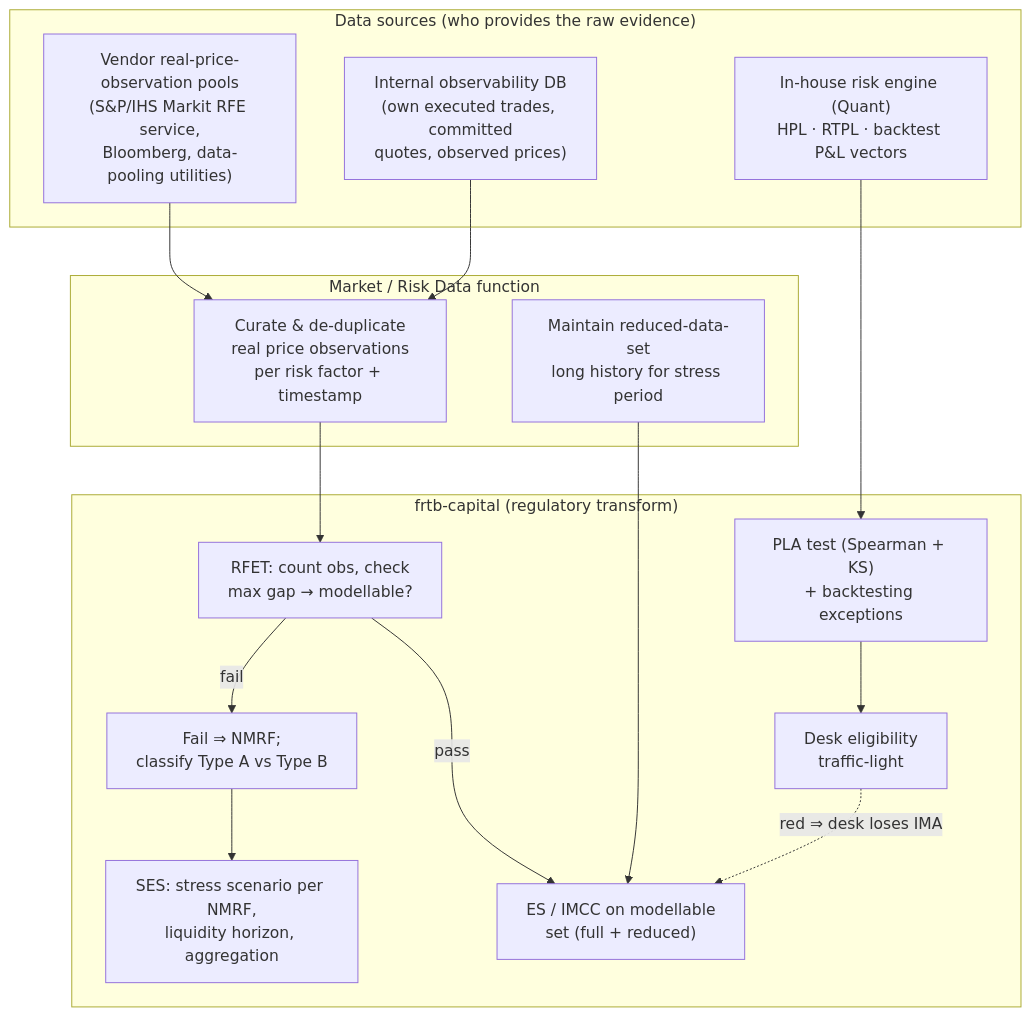
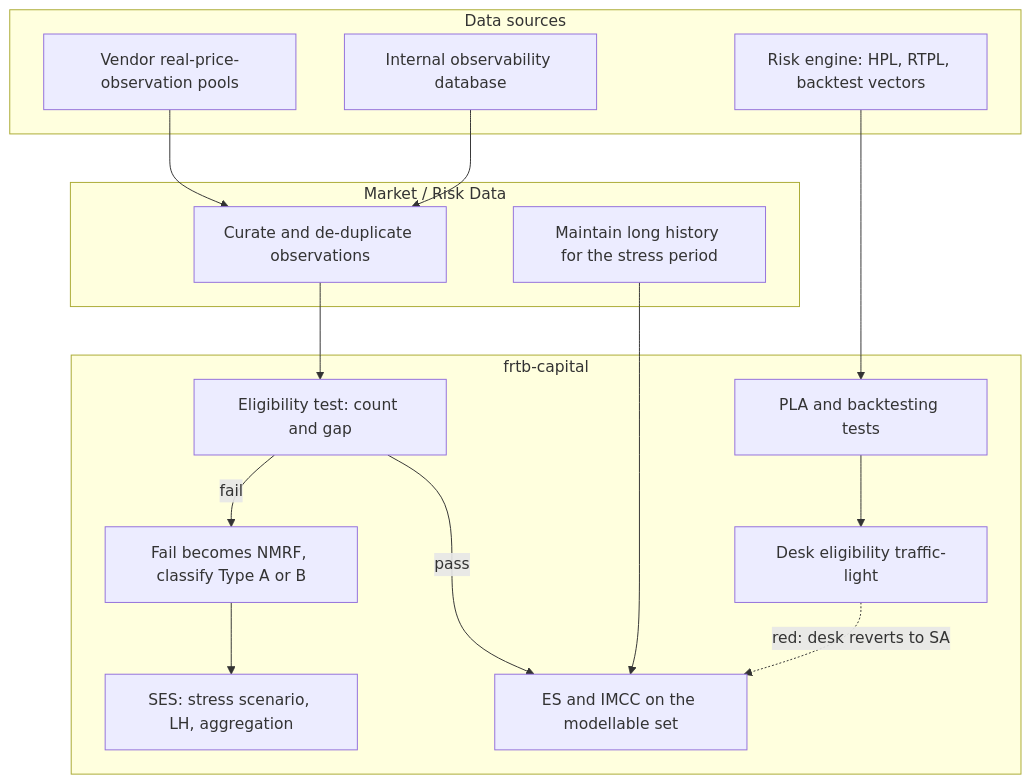
One commit to tomanizer/frtb-capital changed the fifth of 9 diagrams in docs/FRTB_TARGET_OPERATING_MODEL.md. Above: the diagram before and after it, drawn with Mermaid. The commit also changed other lines of this file and 1 other file, not shown here.

First line of the commit message:
docs: rewrite FRTB TOM for readability; split out decision log (#661)

````diff
--- a/docs/FRTB_TARGET_OPERATING_MODEL.md
+++ b/docs/FRTB_TARGET_OPERATING_MODEL.md
@@ -385,33 +326,33 @@
 ```mermaid
 flowchart TB
-    subgraph SRCDATA["Data sources (who provides the raw evidence)"]
-        V["Vendor real-price-observation pools<br/>(S&P/IHS Markit RFE service,<br/>Bloomberg, data-pooling utilities)"]
-        I["Internal observability DB<br/>(own executed trades, committed<br/>quotes, observed prices)"]
-        Q["In-house risk engine (Quant)<br/>HPL · RTPL · backtest P&L vectors"]
+    subgraph SRCDATA["Data sources"]
+        V["Vendor real-price-observation pools"]
+        I["Internal observability database"]
+        Q["Risk engine: HPL, RTPL, backtest vectors"]
     end
 
-    subgraph DATAFN["Market / Risk Data function"]
-        CUR["Curate & de-duplicate<br/>real price observations<br/>per risk factor + timestamp"]
-        RED["Maintain reduced-data-set<br/>long history for stress period"]
+    subgraph DATAFN["Market / Risk Data"]
+        CUR["Curate and de-duplicate observations"]
+        RED["Maintain long history for the stress period"]
     end
 
-    subgraph LIBFN["frtb-capital (regulatory transform)"]
-        RFET["RFET: count obs, check<br/>max gap → modellable?"]
-        NMRF["Fail ⇒ NMRF;<br/>classify Type A vs Type B"]
-        SES["SES: stress scenario per NMRF,<br/>liquidity horizon, aggregation"]
-        ES["ES / IMCC on modellable<br/>set (full + reduced)"]
-        PLA["PLA test (Spearman + KS)<br/>+ backtesting exceptions"]
-        ELIG["Desk eligibility<br/>traffic-light"]
+    subgraph LIBFN["frtb-capital"]
+        RFET["Eligibility test: count and gap"]
+        NMRF["Fail becomes NMRF, classify Type A or B"]
+        SES["SES: stress scenario, LH, aggregation"]
+        ES["ES and IMCC on the modellable set"]
+        PLA["PLA and backtesting tests"]
+        ELIG["Desk eligibility traffic-light"]
     end
 
     V --> CUR
     I --> CUR
     CUR --> RFET
     RED --> ES
     RFET -->|pass| ES
     RFET -->|fail| NMRF
     NMRF --> SES
     Q --> PLA
     PLA --> ELIG
-    ELIG -.->|red ⇒ desk loses IMA| ES
+    ELIG -.->|red: desk reverts to SA| ES
 ```
````
